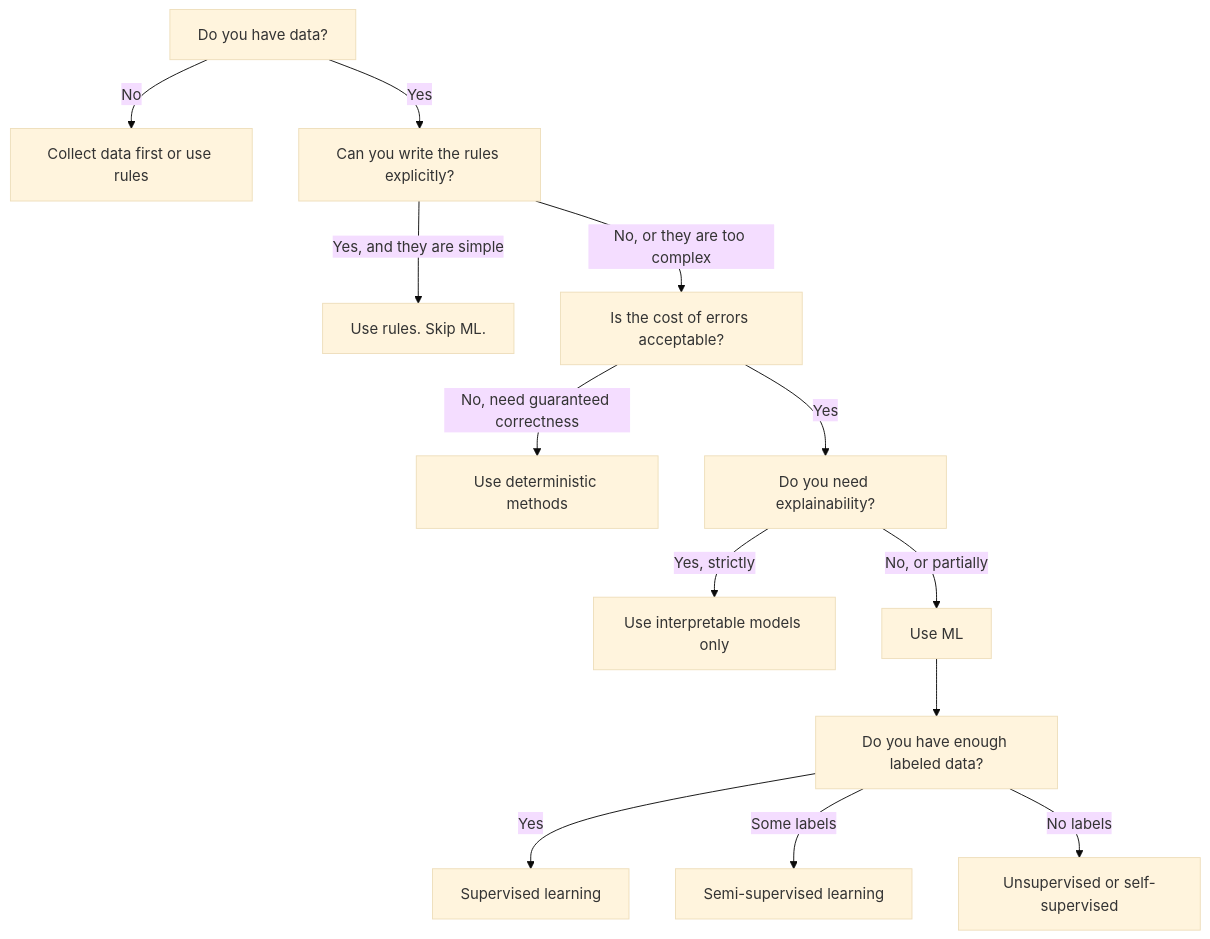
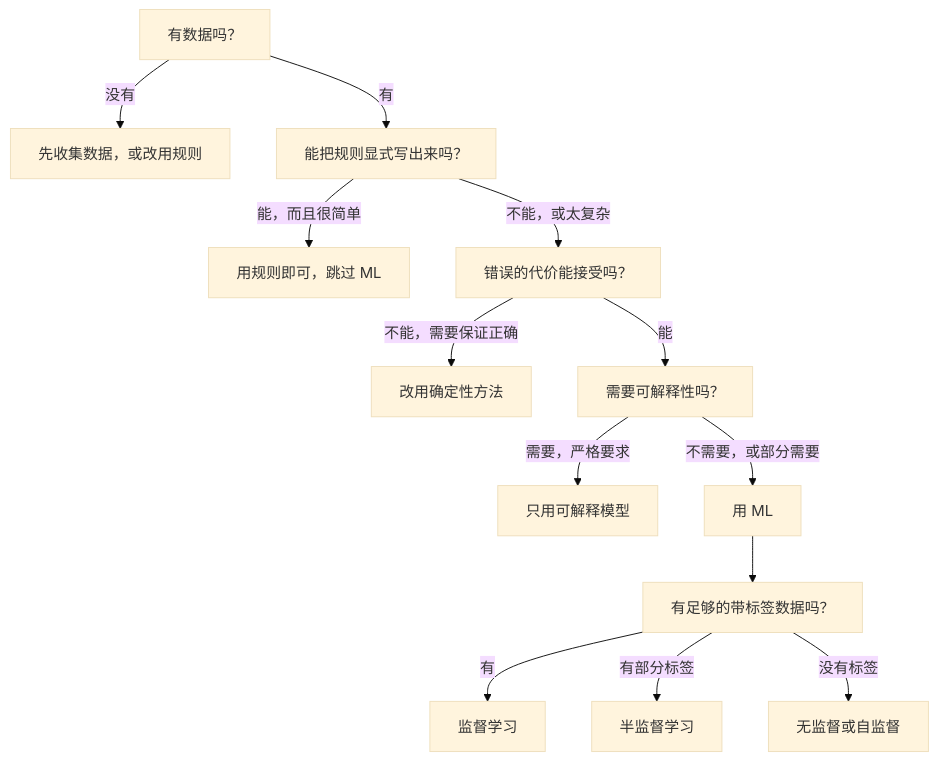
Before and after one commit to JerryC8080/ai-engineering-from-scratch-zh: the sixth of 6 diagrams in phases/02-ml-fundamentals/01-what-is-machine-learning/docs/zh.md, drawn with Mermaid (base theme). The commit also changed other lines of this file and 156 other files, not shown here.

First line of the commit message:
i18n(zh): translate mermaid diagram labels in 157 lesson zh.md

````diff
--- a/phases/02-ml-fundamentals/01-what-is-machine-learning/docs/zh.md
+++ b/phases/02-ml-fundamentals/01-what-is-machine-learning/docs/zh.md
@@ -277,15 +277,15 @@
 ```mermaid
 flowchart TD
-    A["Do you have data?"] -->|No| B["Collect data first or use rules"]
-    A -->|Yes| C["Can you write the rules explicitly?"]
-    C -->|"Yes, and they are simple"| D["Use rules. Skip ML."]
-    C -->|"No, or they are too complex"| E["Is the cost of errors acceptable?"]
-    E -->|"No, need guaranteed correctness"| F["Use deterministic methods"]
-    E -->|Yes| G["Do you need explainability?"]
-    G -->|"Yes, strictly"| H["Use interpretable models only"]
-    G -->|"No, or partially"| I["Use ML"]
-    I --> J["Do you have enough labeled data?"]
-    J -->|Yes| K["Supervised learning"]
-    J -->|"Some labels"| L["Semi-supervised learning"]
-    J -->|"No labels"| M["Unsupervised or self-supervised"]
+    A["有数据吗？"] -->|没有| B["先收集数据，或改用规则"]
+    A -->|有| C["能把规则显式写出来吗？"]
+    C -->|"能，而且很简单"| D["用规则即可，跳过 ML"]
+    C -->|"不能，或太复杂"| E["错误的代价能接受吗？"]
+    E -->|"不能，需要保证正确"| F["改用确定性方法"]
+    E -->|能| G["需要可解释性吗？"]
+    G -->|"需要，严格要求"| H["只用可解释模型"]
+    G -->|"不需要，或部分需要"| I["用 ML"]
+    I --> J["有足够的带标签数据吗？"]
+    J -->|有| K["监督学习"]
+    J -->|"有部分标签"| L["半监督学习"]
+    J -->|"没有标签"| M["无监督或自监督"]
 ```
````
